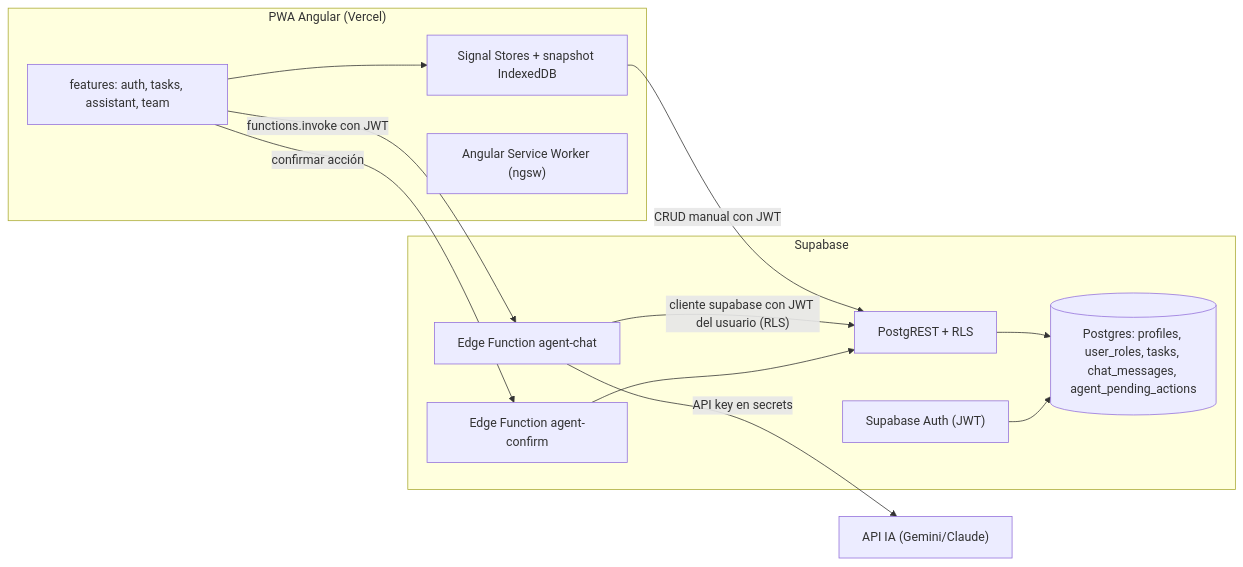
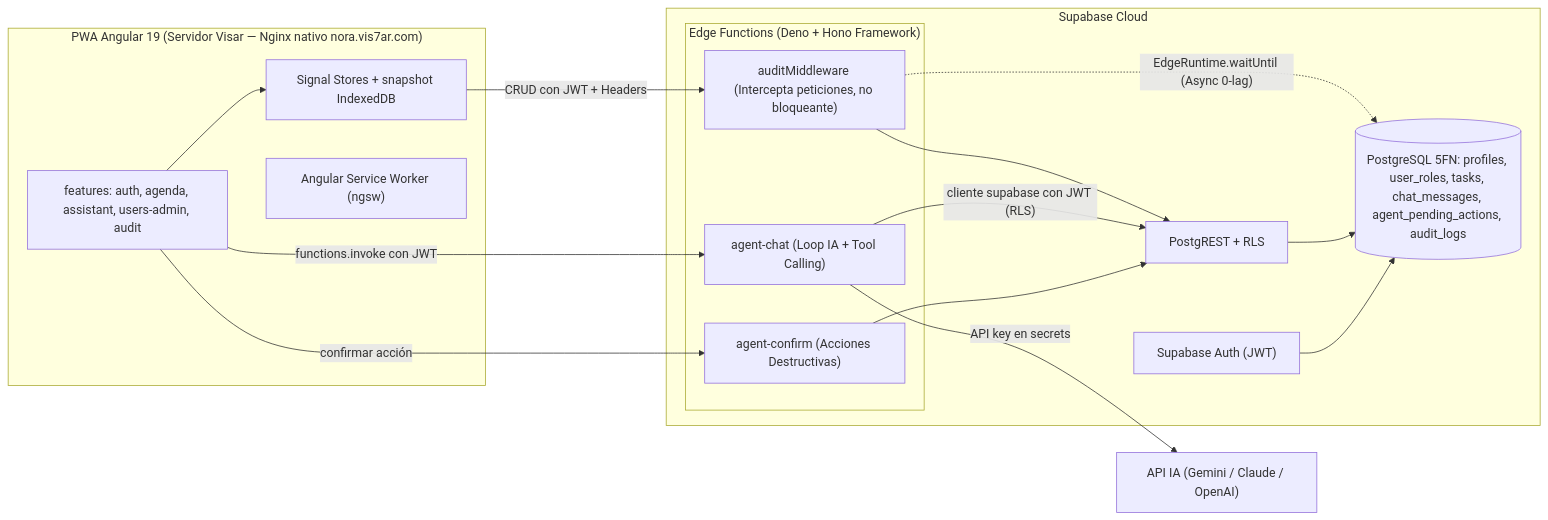
Before and after one commit to 250zero/nora: the first of 5 diagrams in documentos/Analisis_Tecnico_Plan_Ejecucion_Prueba1.md, drawn with Mermaid. The commit also changed other lines of this file, not shown here.

First line of the commit message:
adoptar Supabase Cloud, despliegue Nginx en Visar y auditoria via middleware

````diff
--- a/documentos/Analisis_Tecnico_Plan_Ejecucion_Prueba1.md
+++ b/documentos/Analisis_Tecnico_Plan_Ejecucion_Prueba1.md
@@ -128,25 +135,31 @@
 ```mermaid
 flowchart LR
-  subgraph Cliente["PWA Angular (Vercel)"]
-    UI["features: auth, tasks, assistant, team"]
+  subgraph Cliente["PWA Angular 19 (Servidor Visar — Nginx nativo nora.vis7ar.com)"]
+    UI["features: auth, agenda, assistant, users-admin, audit"]
     Store["Signal Stores + snapshot IndexedDB"]
     SW["Angular Service Worker (ngsw)"]
   end
-  subgraph Supabase
+  subgraph SupabaseCloud["Supabase Cloud"]
     Auth["Supabase Auth (JWT)"]
     REST["PostgREST + RLS"]
-    EF1["Edge Function agent-chat"]
-    EF2["Edge Function agent-confirm"]
-    DB[("Postgres: profiles, user_roles, tasks, chat_messages, agent_pending_actions")]
+    subgraph EdgeFunctions["Edge Functions (Deno + Hono Framework)"]
+      EF1["agent-chat (Loop IA + Tool Calling)"]
+      EF2["agent-confirm (Acciones Destructivas)"]
+      AuditMW["auditMiddleware (Intercepta peticiones, no bloqueante)"]
+    end
+    DB[("PostgreSQL 5FN: profiles, user_roles, tasks, chat_messages, agent_pending_actions, audit_logs")]
   end
-  LLM["API IA (Gemini/Claude)"]
+  LLM["API IA (Gemini / Claude / OpenAI)"]
+
   UI --> Store
-  Store -->|"CRUD manual con JWT"| REST
+  Store -->|"CRUD con JWT + Headers"| AuditMW
+  AuditMW --> REST
+  AuditMW -.->|"EdgeRuntime.waitUntil (Async 0-lag)"| DB
   UI -->|"functions.invoke con JWT"| EF1
   UI -->|"confirmar acción"| EF2
-  EF1 -->|"cliente supabase con JWT del usuario (RLS)"| REST
+  EF1 -->|"cliente supabase con JWT (RLS)"| REST
   EF2 --> REST
   EF1 -->|"API key en secrets"| LLM
   REST --> DB
   Auth --> DB
 ```
````
